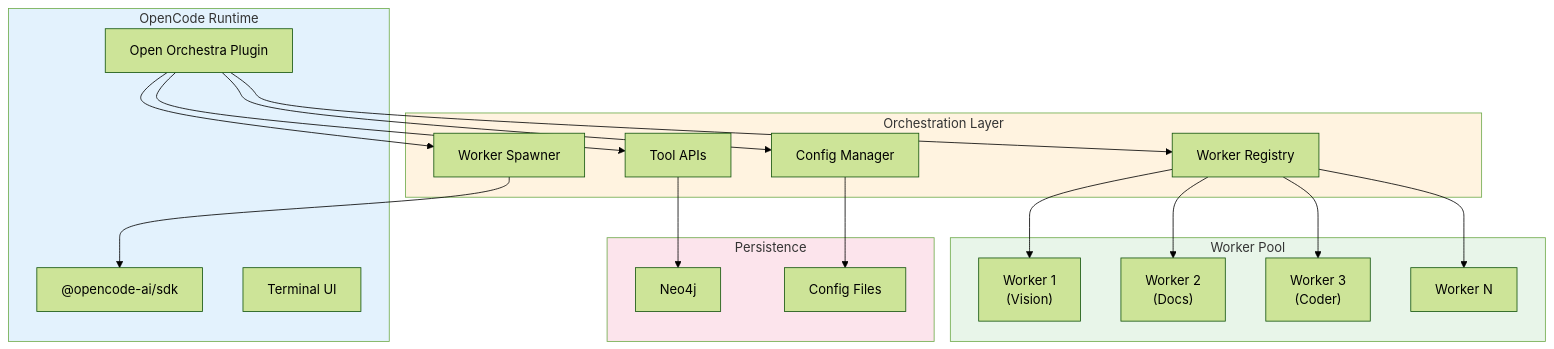
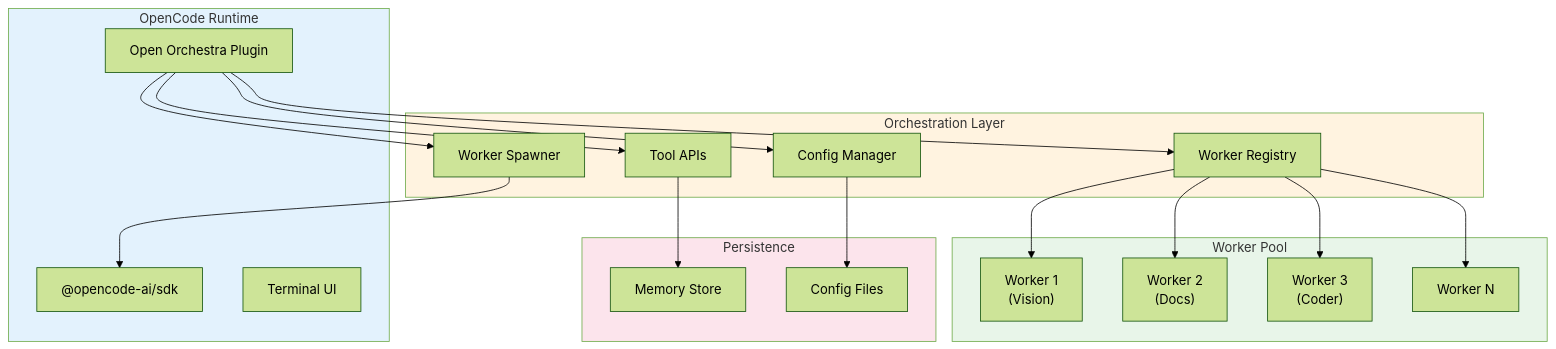
One commit to 0xSero/orchestra changed the first of 7 diagrams in docs/architecture.md. Above: the diagram before and after it, drawn with Mermaid (forest theme). The commit also changed other lines of this file and 126 other files, not shown here.

````diff
--- a/docs/architecture.md
+++ b/docs/architecture.md
@@ -20,46 +20,46 @@
 ```mermaid
 graph TB
     subgraph OpenCode["OpenCode Runtime"]
         Plugin["Open Orchestra Plugin"]
         SDK["@opencode-ai/sdk"]
         TUI["Terminal UI"]
     end
     
     subgraph Orchestra["Orchestration Layer"]
         Registry["Worker Registry"]
         Spawner["Worker Spawner"]
         Config["Config Manager"]
         Tools["Tool APIs"]
     end
     
     subgraph Workers["Worker Pool"]
         W1["Worker 1<br/>(Vision)"]
         W2["Worker 2<br/>(Docs)"]
         W3["Worker 3<br/>(Coder)"]
         WN["Worker N"]
     end
     
     subgraph Storage["Persistence"]
-        Neo4j["Neo4j"]
+        MemoryStore["Memory Store"]
         Files["Config Files"]
     end
     
     Plugin --> Registry
     Plugin --> Spawner
     Plugin --> Config
     Plugin --> Tools
     
     Registry --> W1
     Registry --> W2
     Registry --> W3
     Registry --> WN
     
     Spawner --> SDK
     Config --> Files
-    Tools --> Neo4j
+    Tools --> MemoryStore
     
     style OpenCode fill:#e3f2fd
     style Orchestra fill:#fff3e0
     style Workers fill:#e8f5e9
     style Storage fill:#fce4ec
 ```
````
